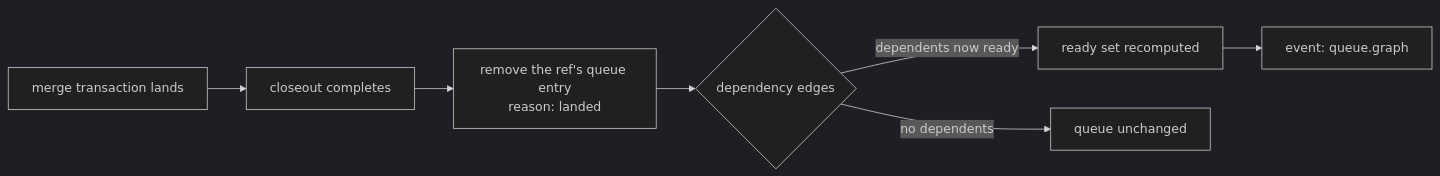
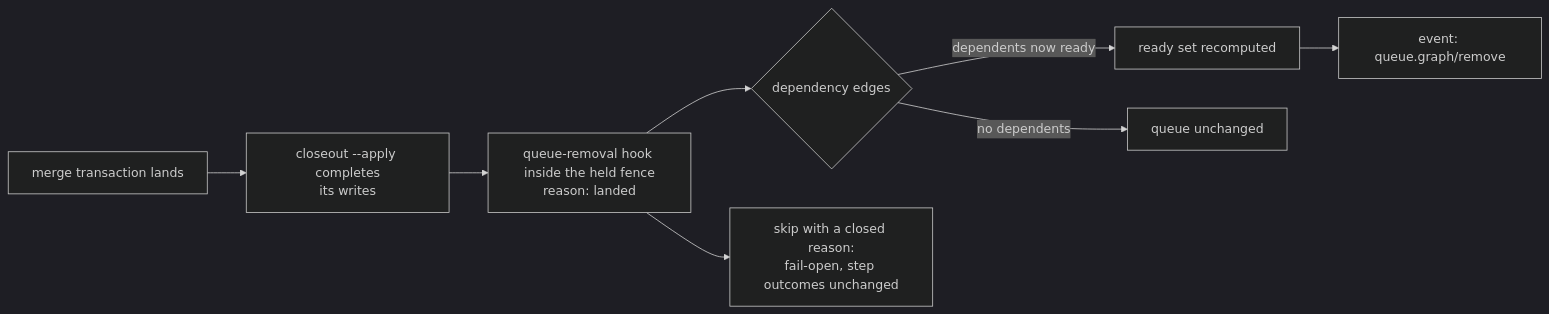
Before and after one commit to juliusz-cwiakalski/agentic-delivery-os: the seventh of 11 diagrams in doc/planning/oss-tooling/milestones/m2/architecture.md, drawn with Mermaid (dark theme). The commit also changed other lines of this file and 9 other files, not shown here.

````diff
--- a/doc/planning/oss-tooling/milestones/m2/architecture.md
+++ b/doc/planning/oss-tooling/milestones/m2/architecture.md
@@ -204,9 +204,10 @@
 ```mermaid
 flowchart LR
-    A[merge transaction lands] --> B[closeout completes]
-    B --> C[remove the ref's queue entry<br/>reason: landed]
+    A[merge transaction lands] --> B[closeout --apply completes<br/>its writes]
+    B --> C[queue-removal hook inside the held fence<br/>reason: landed]
     C --> D{dependency edges}
     D -->|dependents now ready| E[ready set recomputed]
     D -->|no dependents| F[queue unchanged]
-    E --> G[event: queue.graph]
+    E --> G[event: queue.graph/remove]
+    C --> H[skip with a closed reason:<br/>fail-open, step outcomes unchanged]
 ```
````
